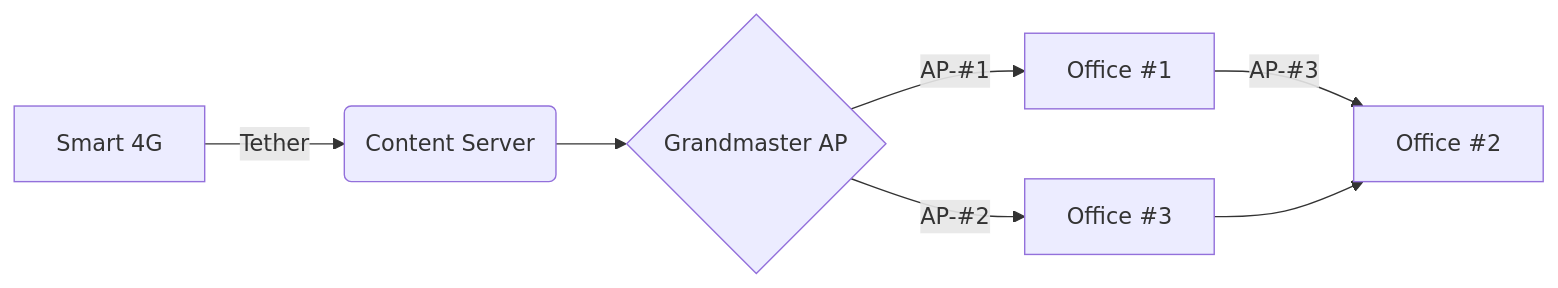
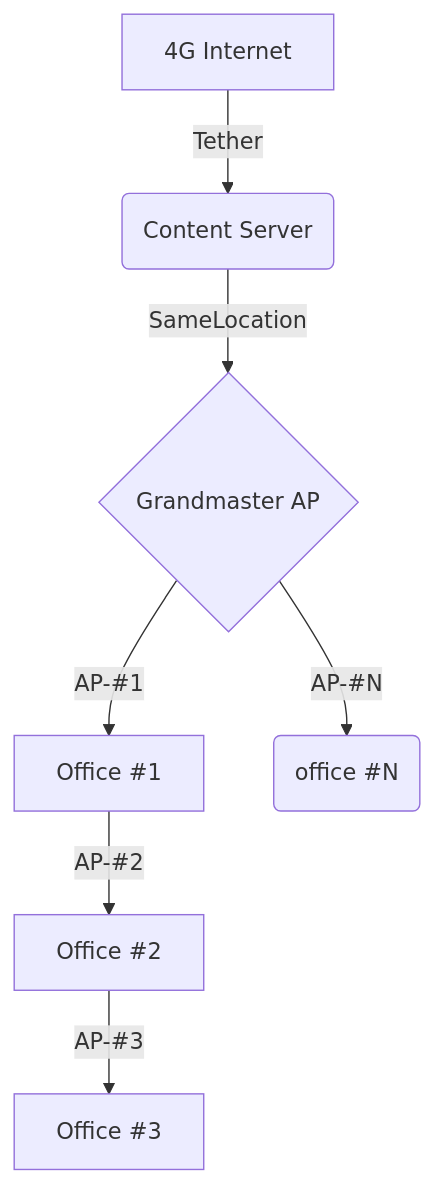
One commit to koompi/va-fi-fi-pilot changed the diagram in README.md. Above: the diagram before and after it, drawn with Mermaid. The commit also changed other lines of this file, not shown here.

````diff
--- a/README.md
+++ b/README.md
@@ -13,10 +17,10 @@
 ```mermaid
-graph LR
-    A[Smart 4G] -->|Tether| B(Content Server)
-    B --> C{Grandmaster AP}
+graph TD
+    A[4G Internet] -->|Tether| B(Content Server)
+    B --> |SameLocation| C{Grandmaster AP}
     C -->|AP-#1| D[Office #1]
-    D -->|AP-#3| E[Office #2]
-    C -->|AP-#2| F[Office #3]
-    F --> E
-  
+    D -->|AP-#2| E[Office #2]
+    C --> |AP-#N| G(office #N)
+    E -->|AP-#3| F[Office #3]
+    
 ``` 
````
